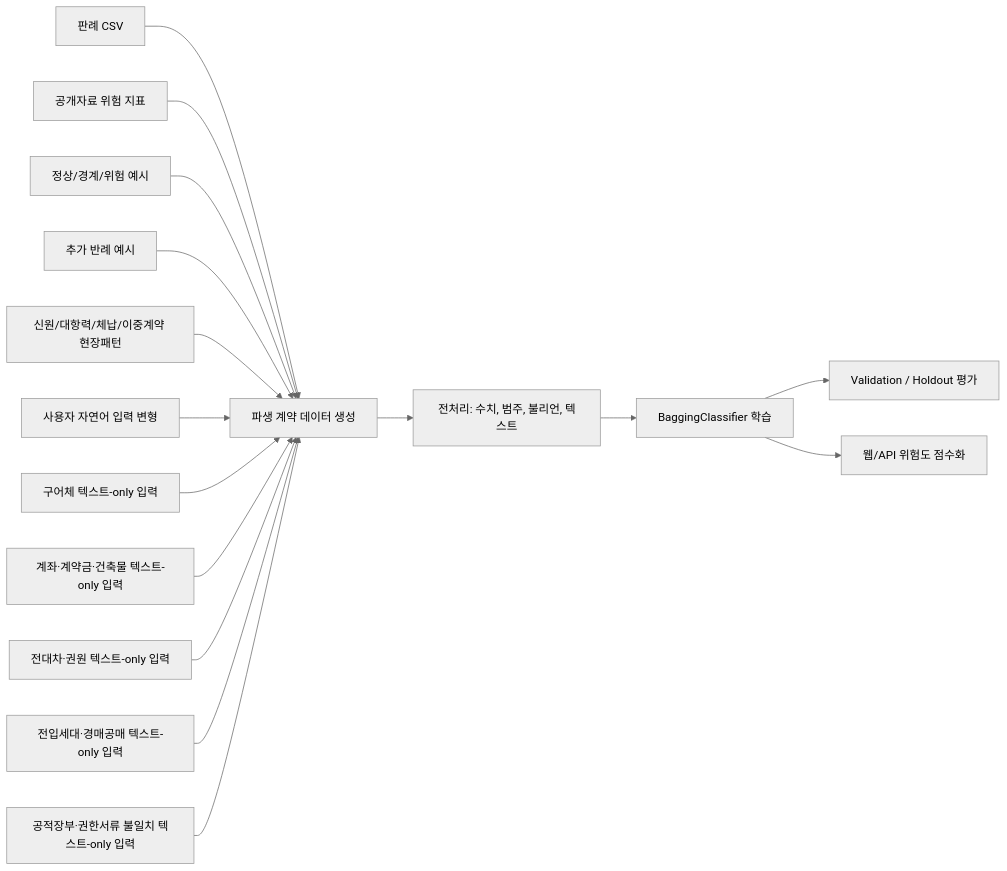
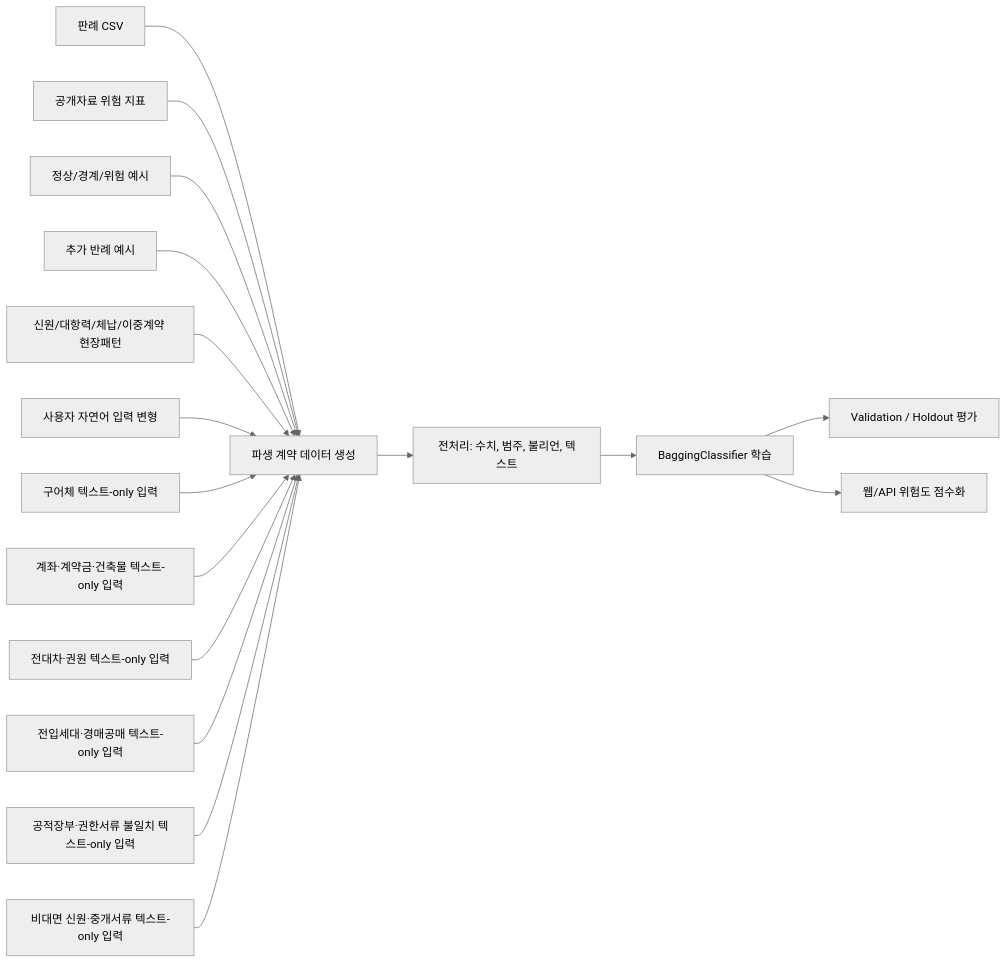
One commit to bssm-oss/legallearn changed the diagram in README.md. Above: the diagram before and after it, drawn with Mermaid (neutral theme). The commit also changed other lines of this file and 15 other files, not shown here.

````diff
--- a/README.md
+++ b/README.md
@@ -161,18 +161,19 @@
 ```mermaid
 flowchart LR
   A["판례 CSV"] --> D["파생 계약 데이터 생성"]
   B["공개자료 위험 지표"] --> D
   C["정상/경계/위험 예시"] --> D
   I["추가 반례 예시"] --> D
   J["신원/대항력/체납/이중계약 현장패턴"] --> D
   K["사용자 자연어 입력 변형"] --> D
   L["구어체 텍스트-only 입력"] --> D
   M["계좌·계약금·건축물 텍스트-only 입력"] --> D
   N["전대차·권원 텍스트-only 입력"] --> D
   O["전입세대·경매공매 텍스트-only 입력"] --> D
   P["공적장부·권한서류 불일치 텍스트-only 입력"] --> D
+  Q["비대면 신원·중개서류 텍스트-only 입력"] --> D
   D --> E["전처리: 수치, 범주, 불리언, 텍스트"]
   E --> F["BaggingClassifier 학습"]
   F --> G["Validation / Holdout 평가"]
   F --> H["웹/API 위험도 점수화"]
 ```
````
